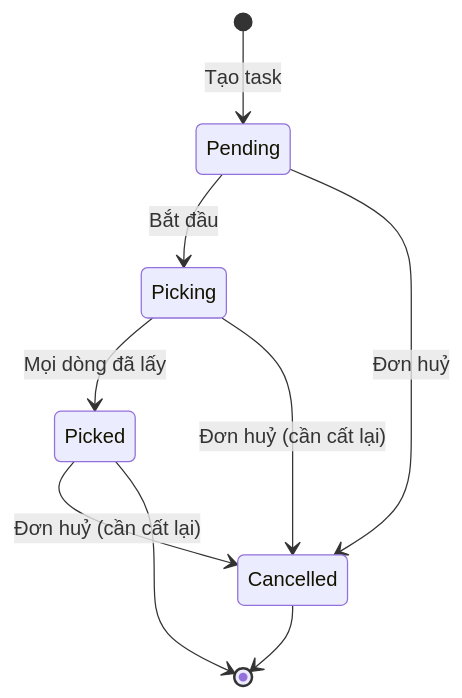
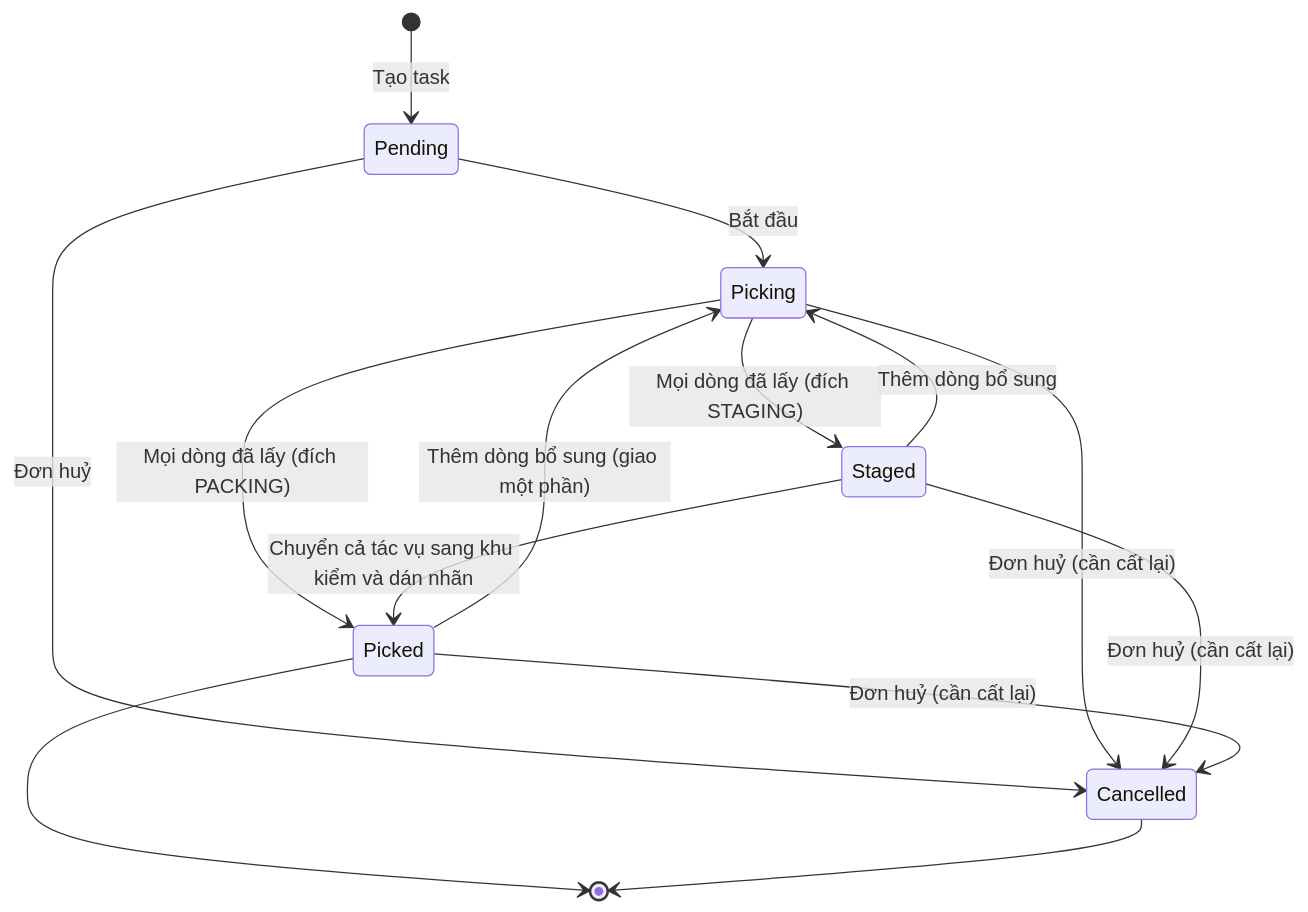
The diagram in docs/warehouse/07-picking/README.md (KLTN-FA26/docs), drawn with Mermaid before and after one commit. The commit also changed other lines of this file and 26 other files, not shown here.

````diff
--- a/docs/warehouse/07-picking/README.md
+++ b/docs/warehouse/07-picking/README.md
@@ -115,11 +146,16 @@
 ```mermaid
 stateDiagram-v2
     [*] --> Pending: Tạo task
     Pending --> Picking: Bắt đầu
-    Picking --> Picked: Mọi dòng đã lấy
+    Picking --> Picked: Mọi dòng đã lấy (đích PACKING)
+    Picking --> Staged: Mọi dòng đã lấy (đích STAGING)
+    Staged --> Picking: Thêm dòng bổ sung
+    Staged --> Picked: Chuyển cả tác vụ sang khu kiểm và dán nhãn
+    Picked --> Picking: Thêm dòng bổ sung (giao một phần)
     Pending --> Cancelled: Đơn huỷ
     Picking --> Cancelled: Đơn huỷ (cần cất lại)
+    Staged --> Cancelled: Đơn huỷ (cần cất lại)
     Picked --> Cancelled: Đơn huỷ (cần cất lại)
     Picked --> [*]
     Cancelled --> [*]
 ```
````
